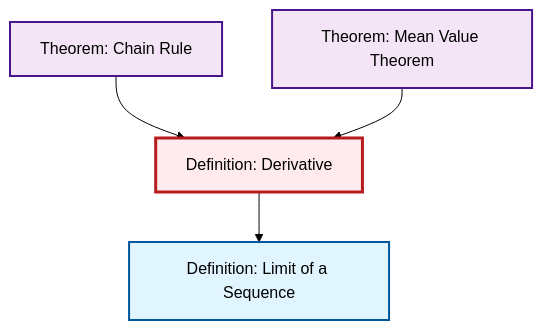
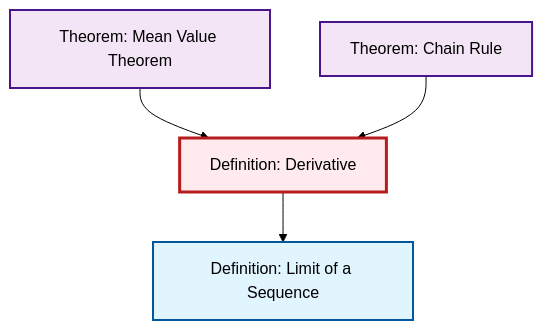
One commit to RK0429/ModernMath changed the diagram in output/mermaid/def-derivative.mermaid. Above: the diagram before and after it, drawn with Mermaid (forest theme). The commit also changed other lines of this file and 1190 other files, not shown here.

````diff
--- a/output/mermaid/def-derivative.mermaid
+++ b/output/mermaid/def-derivative.mermaid
@@ -1,17 +1,17 @@
 ```{mermaid}
 %%| fig-cap: "Local dependency graph"
 graph TD
     classDef definition fill:#e1f5fe,stroke:#01579b,stroke-width:2px
     classDef theorem fill:#f3e5f5,stroke:#4a148c,stroke-width:2px
     classDef axiom fill:#fff3e0,stroke:#e65100,stroke-width:2px
     classDef example fill:#e8f5e9,stroke:#1b5e20,stroke-width:2px
     classDef current fill:#ffebee,stroke:#b71c1c,stroke-width:3px
-    def-limit["Definition: Limit of a Sequence"]:::definition
-    thm-mean-value["Theorem: Mean Value Theorem"]:::theorem
     thm-chain-rule["Theorem: Chain Rule"]:::theorem
     def-derivative["Definition: Derivative"]:::definition
+    thm-mean-value["Theorem: Mean Value Theorem"]:::theorem
+    def-limit["Definition: Limit of a Sequence"]:::definition
+    thm-mean-value --> def-derivative
+    def-derivative --> def-limit
     thm-chain-rule --> def-derivative
-    def-derivative --> def-limit
-    thm-mean-value --> def-derivative
     class def-derivative current
 ```
````
